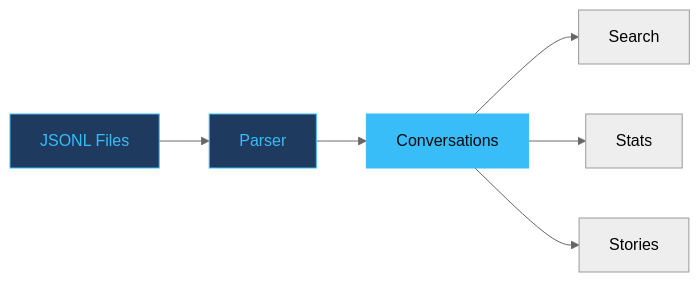
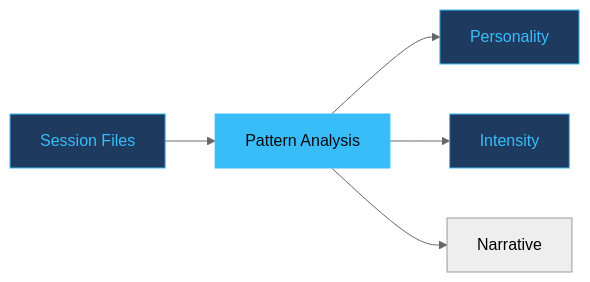
One commit to adewale/slide-maker changed the diagram in examples/claude-history-explorer/slides.md. Above: the diagram before and after it, drawn with Mermaid (neutral theme). The commit also changed other lines of this file and 136 other files, not shown here.

First line of the commit message:
Source-ground all decks, update Cloudflare theme, and strengthen Mermaid linting

````diff
--- a/examples/claude-history-explorer/slides.md
+++ b/examples/claude-history-explorer/slides.md
@@ -118,10 +103,9 @@
 ```mermaid {theme: 'dark', scale: 0.85}
 graph LR
-  A["JSONL Files"] --> B["Parser"]
-  B --> C["Conversations"]
-  C --> D["Search"] & E["Stats"] & F["Stories"]
-  classDef src fill:#1e3a5f,stroke:#38bdf8,color:#38bdf8
-  classDef hub fill:#38bdf8,stroke:#38bdf8,color:#0a0a0f
-  class A,B src
-  class C hub
+  A["Session Files"] --> B["Pattern Analysis"]
+  B --> C["Personality"] & D["Intensity"] & E["Narrative"]
+  style A fill:#1e3a5f,stroke:#38bdf8,color:#38bdf8
+  style B fill:#38bdf8,stroke:#38bdf8,color:#0a0a0f
+  style C fill:#1e3a5f,stroke:#38bdf8,color:#38bdf8
+  style D fill:#1e3a5f,stroke:#38bdf8,color:#38bdf8
 ```
````
